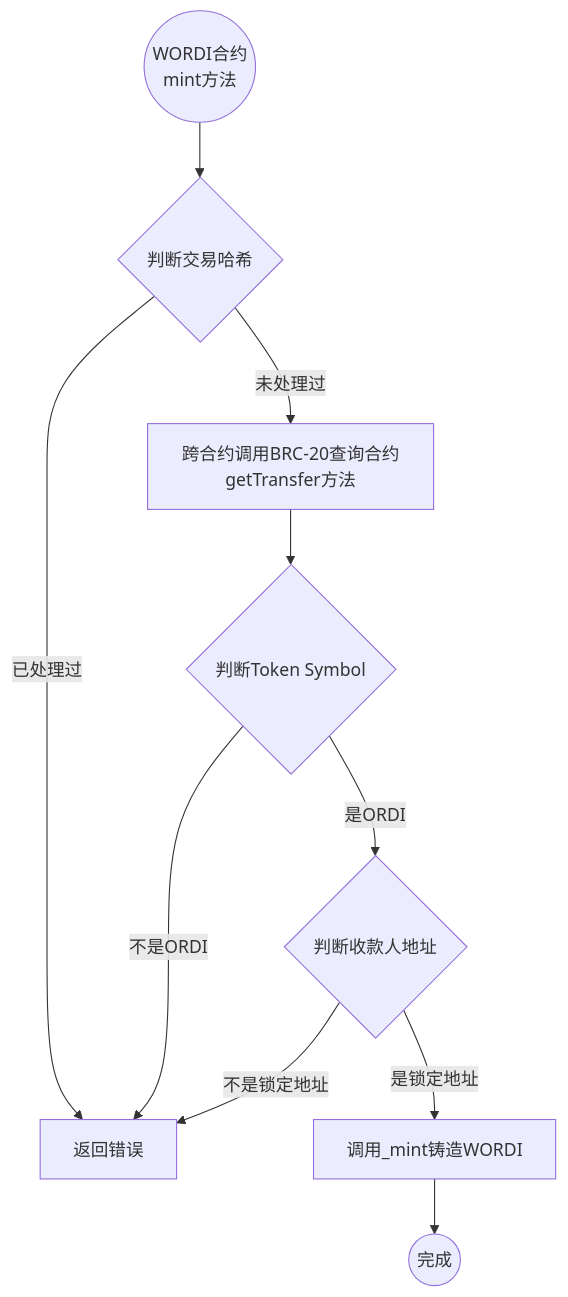
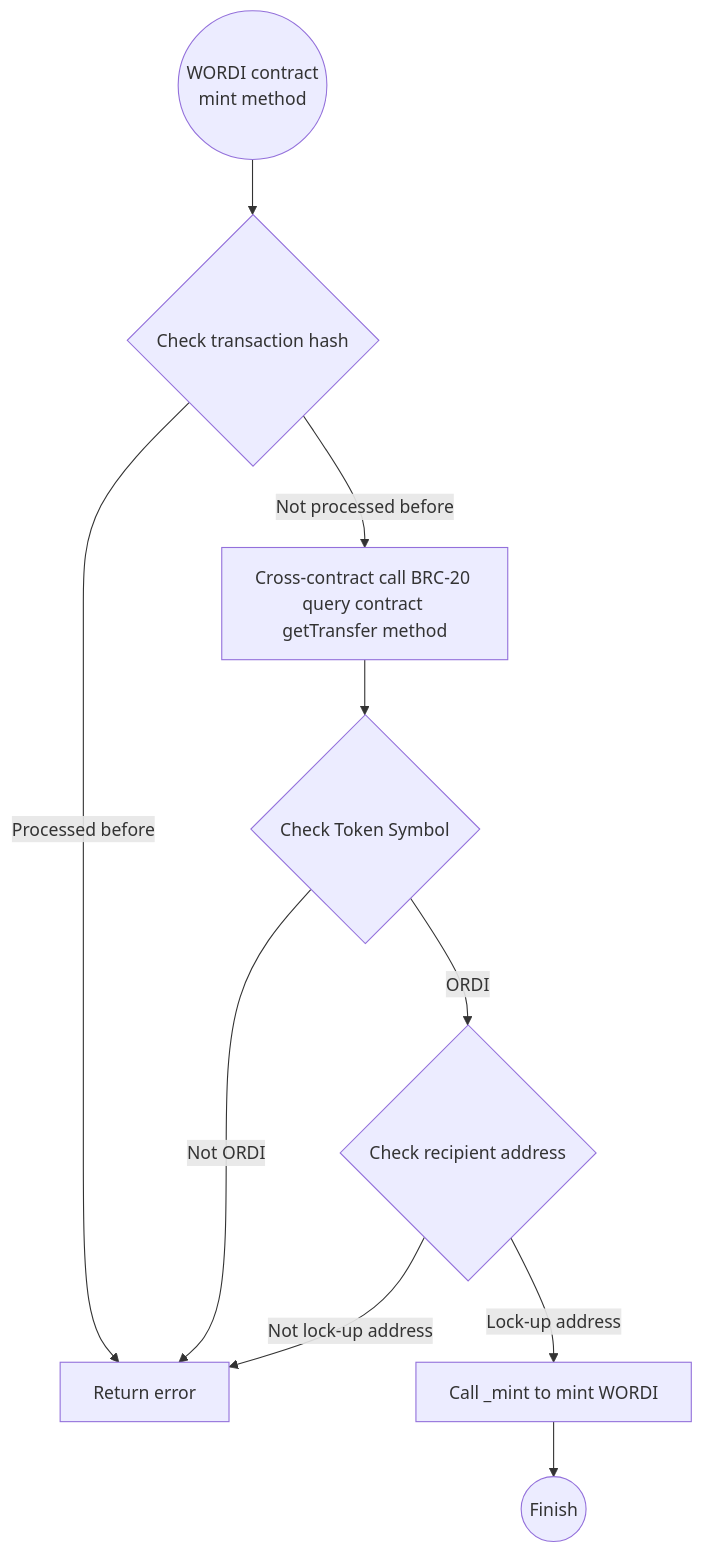
Before and after one commit to bxelab/whitepaper: the first of 2 diagrams in WhitePaper_CN.md, drawn with Mermaid. The commit also changed other lines of this file and 6 other files, not shown here.

````diff
--- a/WhitePaper_CN.md
+++ b/WhitePaper_CN.md
@@ -272,12 +294,12 @@
 ```mermaid
 flowchart TD
-    Start((WORDI合约\nmint方法)) --> A
-    A{判断交易哈希} -->|已处理过| E[返回错误]
-    A -->|未处理过| C[跨合约调用BRC-20查询合约getTransfer方法]
-    C --> D{判断Token Symbol}
-    D -->|不是ORDI| E[返回错误]
-    D -->|是ORDI| F{判断收款人地址}
-    F -->|不是锁定地址| E[返回错误]
-    F -->|是锁定地址| H[调用_mint铸造WORDI]
-    H --> End((完成))
+    Start((WORDI contract\nmint method)) --> A
+    A{Check transaction hash} -->|Processed before| E[Return error]
+    A -->|Not processed before| C[Cross-contract call BRC-20 query contract getTransfer method]
+    C --> D{Check Token Symbol}
+    D -->|Not ORDI| E[Return error]
+    D -->|ORDI| F{Check recipient address}
+    F -->|Not lock-up address| E[Return error]
+    F -->|Lock-up address| H[Call _mint to mint WORDI]
+    H --> End((Finish))
 ```
````
